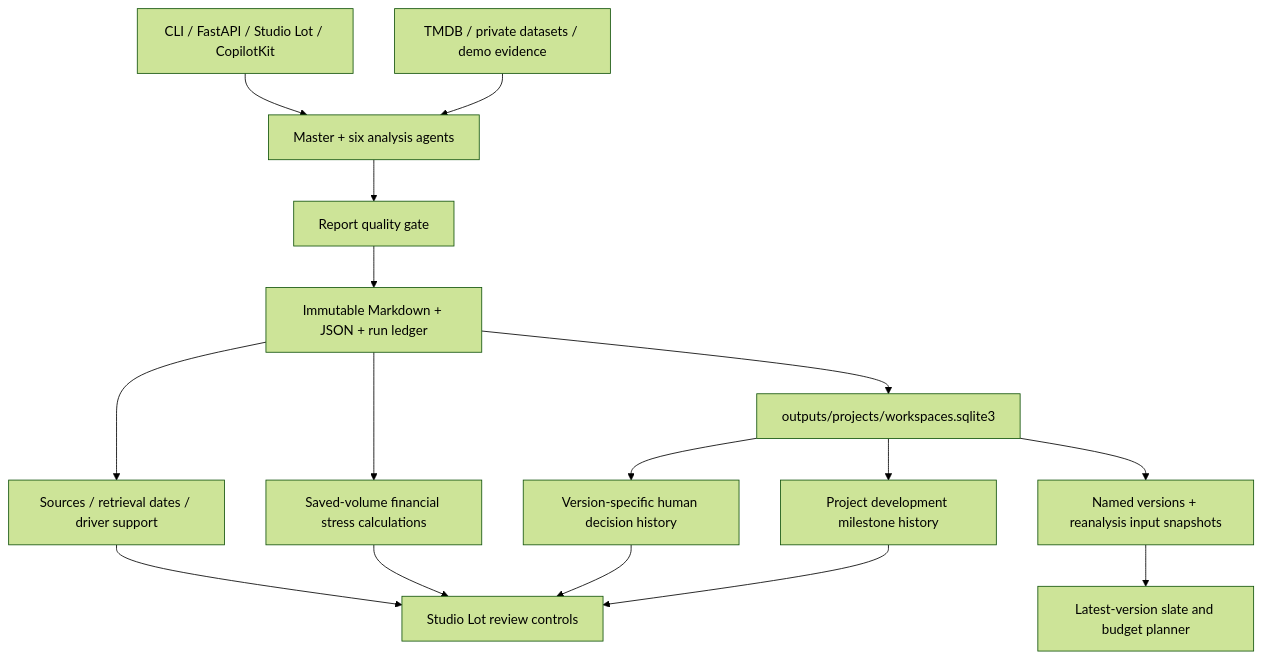
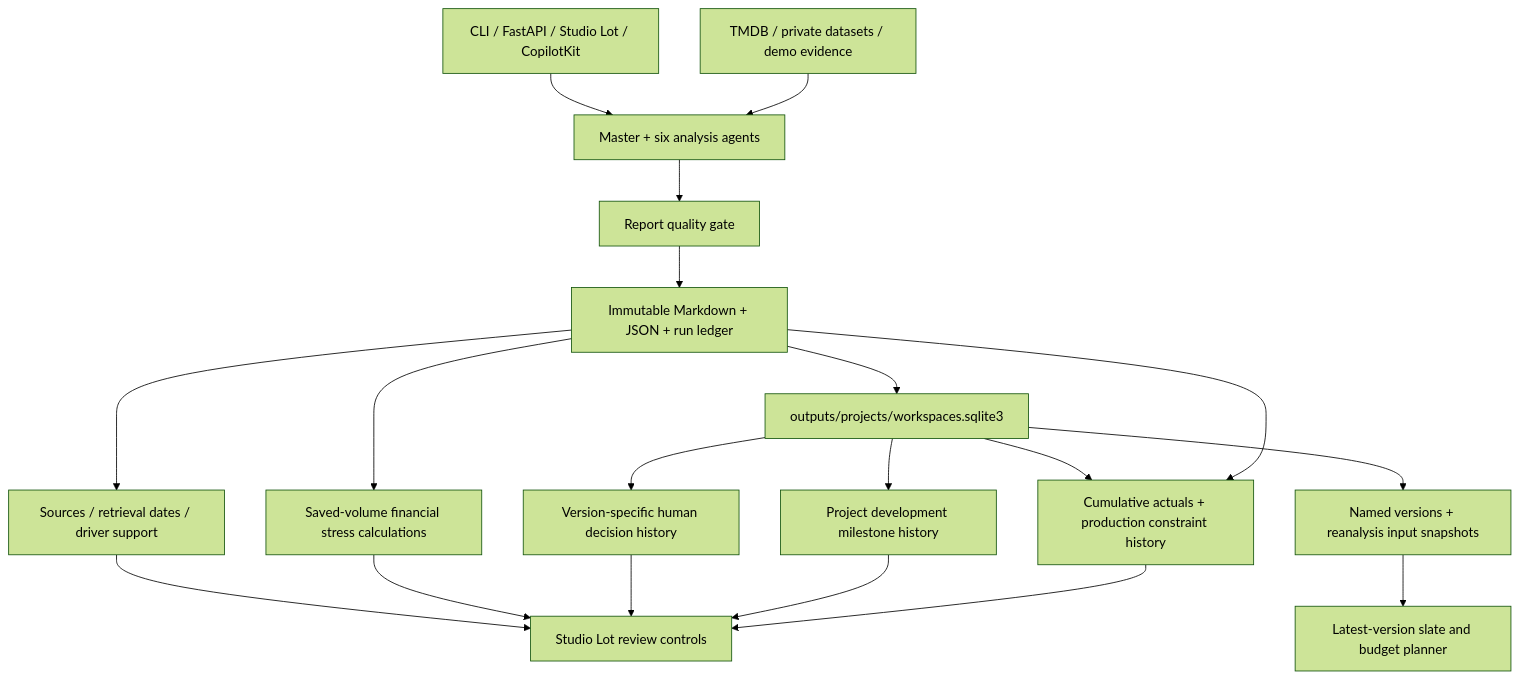
One commit to Laksh-star/greenlighting-agent changed the diagram in ARCHITECTURE.md. Above: the diagram before and after it, drawn with Mermaid (forest theme). The commit also changed other lines of this file and 12 other files, not shown here.

Commit message:
Add actuals tracking and production constraints

````diff
--- a/ARCHITECTURE.md
+++ b/ARCHITECTURE.md
@@ -12,18 +12,21 @@
 ```mermaid
 flowchart TD
     UI["CLI / FastAPI / Studio Lot / CopilotKit"] --> Analysis["Master + six analysis agents"]
     Data["TMDB / private datasets / demo evidence"] --> Analysis
     Analysis --> Quality["Report quality gate"]
     Quality --> Files["Immutable Markdown + JSON + run ledger"]
     Files --> Provenance["Sources / retrieval dates / driver support"]
     Files --> Stress["Saved-volume financial stress calculations"]
     Files --> DB["outputs/projects/workspaces.sqlite3"]
     DB --> Versions["Named versions + reanalysis input snapshots"]
     DB --> Decisions["Version-specific human decision history"]
     DB --> Milestones["Project development milestone history"]
+    DB --> Production["Cumulative actuals + production constraint history"]
+    Files --> Production
     Versions --> Slate["Latest-version slate and budget planner"]
     Provenance --> ReviewUI["Studio Lot review controls"]
     Stress --> ReviewUI
     Decisions --> ReviewUI
     Milestones --> ReviewUI
+    Production --> ReviewUI
 ```
````
